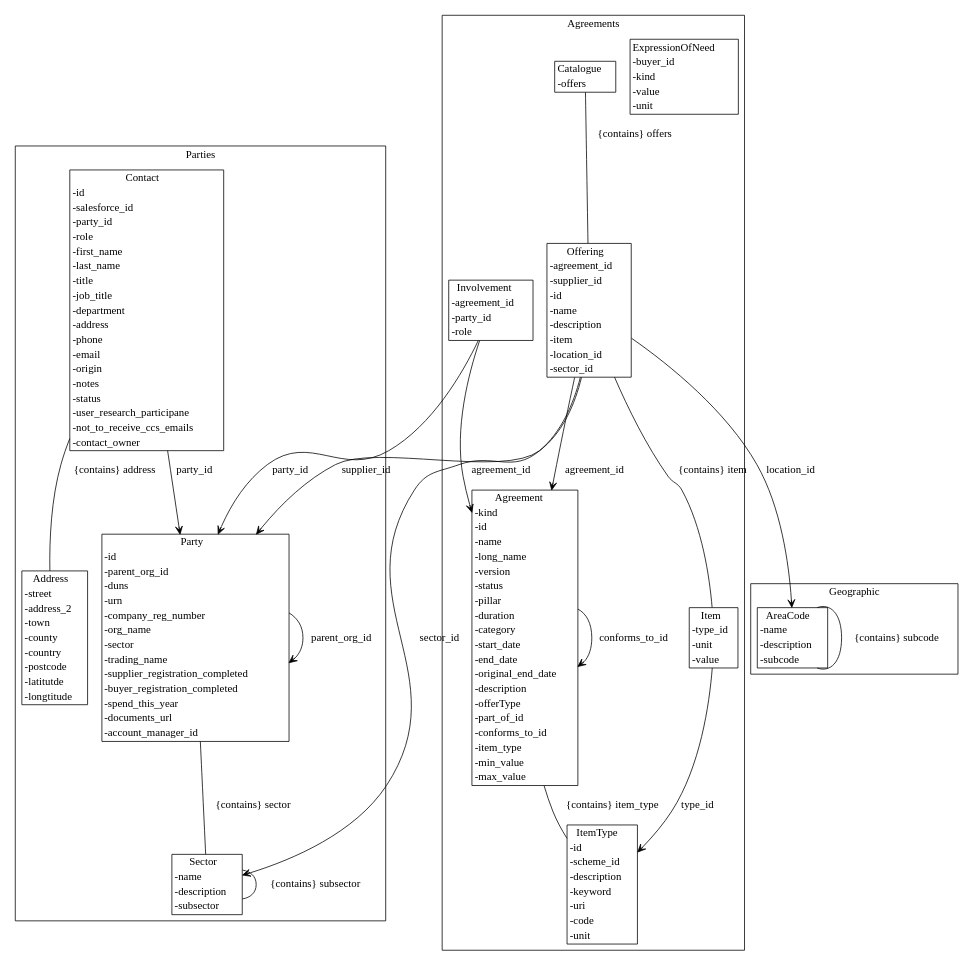
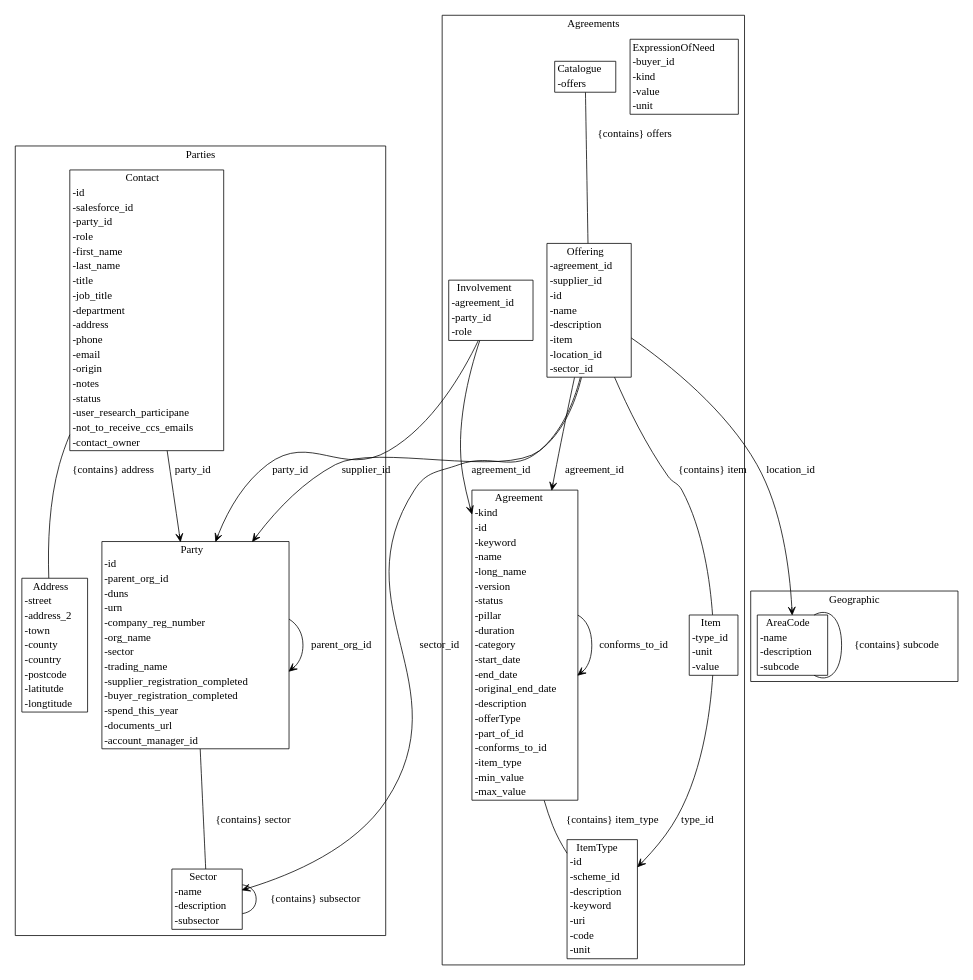
The diagram in gen/diagrams/metamodel.dot (Crown-Commercial-Service/ccs-data-model), drawn with Graphviz before and after one commit. The commit also changed 11 other files, not shown here.

```diff
--- a/gen/diagrams/metamodel.dot
+++ b/gen/diagrams/metamodel.dot
@@ -1,44 +1,44 @@
 strict digraph {
 subgraph cluster_Agreements {
 node [shape=plaintext margin=0];
 label=Agreements;
 "ItemType" [label=<<table BORDER="1" CELLBORDER="0" CELLSPACING="0"><TH><TD>ItemType</TD></TH><TR><TD ALIGN="LEFT">-id</TD></TR><TR><TD ALIGN="LEFT">-scheme_id</TD></TR><TR><TD ALIGN="LEFT">-description</TD></TR><TR><TD ALIGN="LEFT">-keyword</TD></TR><TR><TD ALIGN="LEFT">-uri</TD></TR><TR><TD ALIGN="LEFT">-code</TD></TR><TR><TD ALIGN="LEFT">-unit</TD></TR></table>>];
 "ExpressionOfNeed" [label=<<table BORDER="1" CELLBORDER="0" CELLSPACING="0"><TH><TD>ExpressionOfNeed</TD></TH><TR><TD ALIGN="LEFT">-buyer_id</TD></TR><TR><TD ALIGN="LEFT">-kind</TD></TR><TR><TD ALIGN="LEFT">-value</TD></TR><TR><TD ALIGN="LEFT">-unit</TD></TR></table>>];
-"Agreement" [label=<<table BORDER="1" CELLBORDER="0" CELLSPACING="0"><TH><TD>Agreement</TD></TH><TR><TD ALIGN="LEFT">-kind</TD></TR><TR><TD ALIGN="LEFT">-id</TD></TR><TR><TD ALIGN="LEFT">-name</TD></TR><TR><TD ALIGN="LEFT">-long_name</TD></TR><TR><TD ALIGN="LEFT">-version</TD></TR><TR><TD ALIGN="LEFT">-status</TD></TR><TR><TD ALIGN="LEFT">-pillar</TD></TR><TR><TD ALIGN="LEFT">-duration</TD></TR><TR><TD ALIGN="LEFT">-category</TD></TR><TR><TD ALIGN="LEFT">-start_date</TD></TR><TR><TD ALIGN="LEFT">-end_date</TD></TR><TR><TD ALIGN="LEFT">-original_end_date</TD></TR><TR><TD ALIGN="LEFT">-description</TD></TR><TR><TD ALIGN="LEFT">-offerType</TD></TR><TR><TD ALIGN="LEFT">-part_of_id</TD></TR><TR><TD ALIGN="LEFT">-conforms_to_id</TD></TR><TR><TD ALIGN="LEFT">-item_type</TD></TR><TR><TD ALIGN="LEFT">-min_value</TD></TR><TR><TD ALIGN="LEFT">-max_value</TD></TR></table>>];
+"Agreement" [label=<<table BORDER="1" CELLBORDER="0" CELLSPACING="0"><TH><TD>Agreement</TD></TH><TR><TD ALIGN="LEFT">-kind</TD></TR><TR><TD ALIGN="LEFT">-id</TD></TR><TR><TD ALIGN="LEFT">-keyword</TD></TR><TR><TD ALIGN="LEFT">-name</TD></TR><TR><TD ALIGN="LEFT">-long_name</TD></TR><TR><TD ALIGN="LEFT">-version</TD></TR><TR><TD ALIGN="LEFT">-status</TD></TR><TR><TD ALIGN="LEFT">-pillar</TD></TR><TR><TD ALIGN="LEFT">-duration</TD></TR><TR><TD ALIGN="LEFT">-category</TD></TR><TR><TD ALIGN="LEFT">-start_date</TD></TR><TR><TD ALIGN="LEFT">-end_date</TD></TR><TR><TD ALIGN="LEFT">-original_end_date</TD></TR><TR><TD ALIGN="LEFT">-description</TD></TR><TR><TD ALIGN="LEFT">-offerType</TD></TR><TR><TD ALIGN="LEFT">-part_of_id</TD></TR><TR><TD ALIGN="LEFT">-conforms_to_id</TD></TR><TR><TD ALIGN="LEFT">-item_type</TD></TR><TR><TD ALIGN="LEFT">-min_value</TD></TR><TR><TD ALIGN="LEFT">-max_value</TD></TR></table>>];
 "Item" [label=<<table BORDER="1" CELLBORDER="0" CELLSPACING="0"><TH><TD>Item</TD></TH><TR><TD ALIGN="LEFT">-type_id</TD></TR><TR><TD ALIGN="LEFT">-unit</TD></TR><TR><TD ALIGN="LEFT">-value</TD></TR></table>>];
 "Offering" [label=<<table BORDER="1" CELLBORDER="0" CELLSPACING="0"><TH><TD>Offering</TD></TH><TR><TD ALIGN="LEFT">-agreement_id</TD></TR><TR><TD ALIGN="LEFT">-supplier_id</TD></TR><TR><TD ALIGN="LEFT">-id</TD></TR><TR><TD ALIGN="LEFT">-name</TD></TR><TR><TD ALIGN="LEFT">-description</TD></TR><TR><TD ALIGN="LEFT">-item</TD></TR><TR><TD ALIGN="LEFT">-location_id</TD></TR><TR><TD ALIGN="LEFT">-sector_id</TD></TR></table>>];
 "Catalogue" [label=<<table BORDER="1" CELLBORDER="0" CELLSPACING="0"><TH><TD>Catalogue</TD></TH><TR><TD ALIGN="LEFT">-offers</TD></TR></table>>];
 "Involvement" [label=<<table BORDER="1" CELLBORDER="0" CELLSPACING="0"><TH><TD>Involvement</TD></TH><TR><TD ALIGN="LEFT">-agreement_id</TD></TR><TR><TD ALIGN="LEFT">-party_id</TD></TR><TR><TD ALIGN="LEFT">-role</TD></TR></table>>];
 }
 subgraph cluster_Parties {
 node [shape=plaintext margin=0];
 label=Parties;
 "Sector" [label=<<table BORDER="1" CELLBORDER="0" CELLSPACING="0"><TH><TD>Sector</TD></TH><TR><TD ALIGN="LEFT">-name</TD></TR><TR><TD ALIGN="LEFT">-description</TD></TR><TR><TD ALIGN="LEFT">-subsector</TD></TR></table>>];
 "Party" [label=<<table BORDER="1" CELLBORDER="0" CELLSPACING="0"><TH><TD>Party</TD></TH><TR><TD ALIGN="LEFT">-id</TD></TR><TR><TD ALIGN="LEFT">-parent_org_id</TD></TR><TR><TD ALIGN="LEFT">-duns</TD></TR><TR><TD ALIGN="LEFT">-urn</TD></TR><TR><TD ALIGN="LEFT">-company_reg_number</TD></TR><TR><TD ALIGN="LEFT">-org_name</TD></TR><TR><TD ALIGN="LEFT">-sector</TD></TR><TR><TD ALIGN="LEFT">-trading_name</TD></TR><TR><TD ALIGN="LEFT">-supplier_registration_completed</TD></TR><TR><TD ALIGN="LEFT">-buyer_registration_completed</TD></TR><TR><TD ALIGN="LEFT">-spend_this_year</TD></TR><TR><TD ALIGN="LEFT">-documents_url</TD></TR><TR><TD ALIGN="LEFT">-account_manager_id</TD></TR></table>>];
 "Address" [label=<<table BORDER="1" CELLBORDER="0" CELLSPACING="0"><TH><TD>Address</TD></TH><TR><TD ALIGN="LEFT">-street</TD></TR><TR><TD ALIGN="LEFT">-address_2</TD></TR><TR><TD ALIGN="LEFT">-town</TD></TR><TR><TD ALIGN="LEFT">-county</TD></TR><TR><TD ALIGN="LEFT">-country</TD></TR><TR><TD ALIGN="LEFT">-postcode</TD></TR><TR><TD ALIGN="LEFT">-latitutde</TD></TR><TR><TD ALIGN="LEFT">-longtitude</TD></TR></table>>];
 "Contact" [label=<<table BORDER="1" CELLBORDER="0" CELLSPACING="0"><TH><TD>Contact</TD></TH><TR><TD ALIGN="LEFT">-id</TD></TR><TR><TD ALIGN="LEFT">-salesforce_id</TD></TR><TR><TD ALIGN="LEFT">-party_id</TD></TR><TR><TD ALIGN="LEFT">-role</TD></TR><TR><TD ALIGN="LEFT">-first_name</TD></TR><TR><TD ALIGN="LEFT">-last_name</TD></TR><TR><TD ALIGN="LEFT">-title</TD></TR><TR><TD ALIGN="LEFT">-job_title</TD></TR><TR><TD ALIGN="LEFT">-department</TD></TR><TR><TD ALIGN="LEFT">-address</TD></TR><TR><TD ALIGN="LEFT">-phone</TD></TR><TR><TD ALIGN="LEFT">-email</TD></TR><TR><TD ALIGN="LEFT">-origin</TD></TR><TR><TD ALIGN="LEFT">-notes</TD></TR><TR><TD ALIGN="LEFT">-status</TD></TR><TR><TD ALIGN="LEFT">-user_research_participane</TD></TR><TR><TD ALIGN="LEFT">-not_to_receive_ccs_emails</TD></TR><TR><TD ALIGN="LEFT">-contact_owner</TD></TR></table>>];
 }
 subgraph cluster_Geographic {
 node [shape=plaintext margin=0];
 label=Geographic;
 "AreaCode" [label=<<table BORDER="1" CELLBORDER="0" CELLSPACING="0"><TH><TD>AreaCode</TD></TH><TR><TD ALIGN="LEFT">-name</TD></TR><TR><TD ALIGN="LEFT">-description</TD></TR><TR><TD ALIGN="LEFT">-subcode</TD></TR></table>>];
 }
 "Agreement" -> "Agreement" [label="part_of_id" arrowhead = "open" arrowtail = "none" ];
 "Agreement" -> "Agreement" [label="conforms_to_id" arrowhead = "open" arrowtail = "none" ];
 "Agreement" -> "ItemType" [label="{contains} item_type" arrowhead = "none" arrowtail = "diamond" ];
 "Item" -> "ItemType" [label="type_id" arrowhead = "open" arrowtail = "none" ];
 "Offering" -> "Agreement" [label="agreement_id" arrowhead = "open" arrowtail = "none" ];
 "Offering" -> "Party" [label="supplier_id" arrowhead = "open" arrowtail = "none" ];
 "Offering" -> "Item" [label="{contains} item" arrowhead = "none" arrowtail = "diamond" ];
 "Offering" -> "AreaCode" [label="location_id" arrowhead = "open" arrowtail = "none" ];
 "Offering" -> "Sector" [label="sector_id" arrowhead = "open" arrowtail = "none" ];
 "Catalogue" -> "Offering" [label="{contains} offers" arrowhead = "none" arrowtail = "diamond" ];
 "Involvement" -> "Agreement" [label="agreement_id" arrowhead = "open" arrowtail = "none" ];
 "Involvement" -> "Party" [label="party_id" arrowhead = "open" arrowtail = "none" ];
 "Sector" -> "Sector" [label="{contains} subsector" arrowhead = "none" arrowtail = "diamond" ];
 "Party" -> "Party" [label="parent_org_id" arrowhead = "open" arrowtail = "none" ];
 "Party" -> "Sector" [label="{contains} sector" arrowhead = "none" arrowtail = "diamond" ];
 "Contact" -> "Party" [label="party_id" arrowhead = "open" arrowtail = "none" ];
 "Contact" -> "Address" [label="{contains} address" arrowhead = "none" arrowtail = "diamond" ];
 "AreaCode" -> "AreaCode" [label="{contains} subcode" arrowhead = "none" arrowtail = "diamond" ];
 }
```
